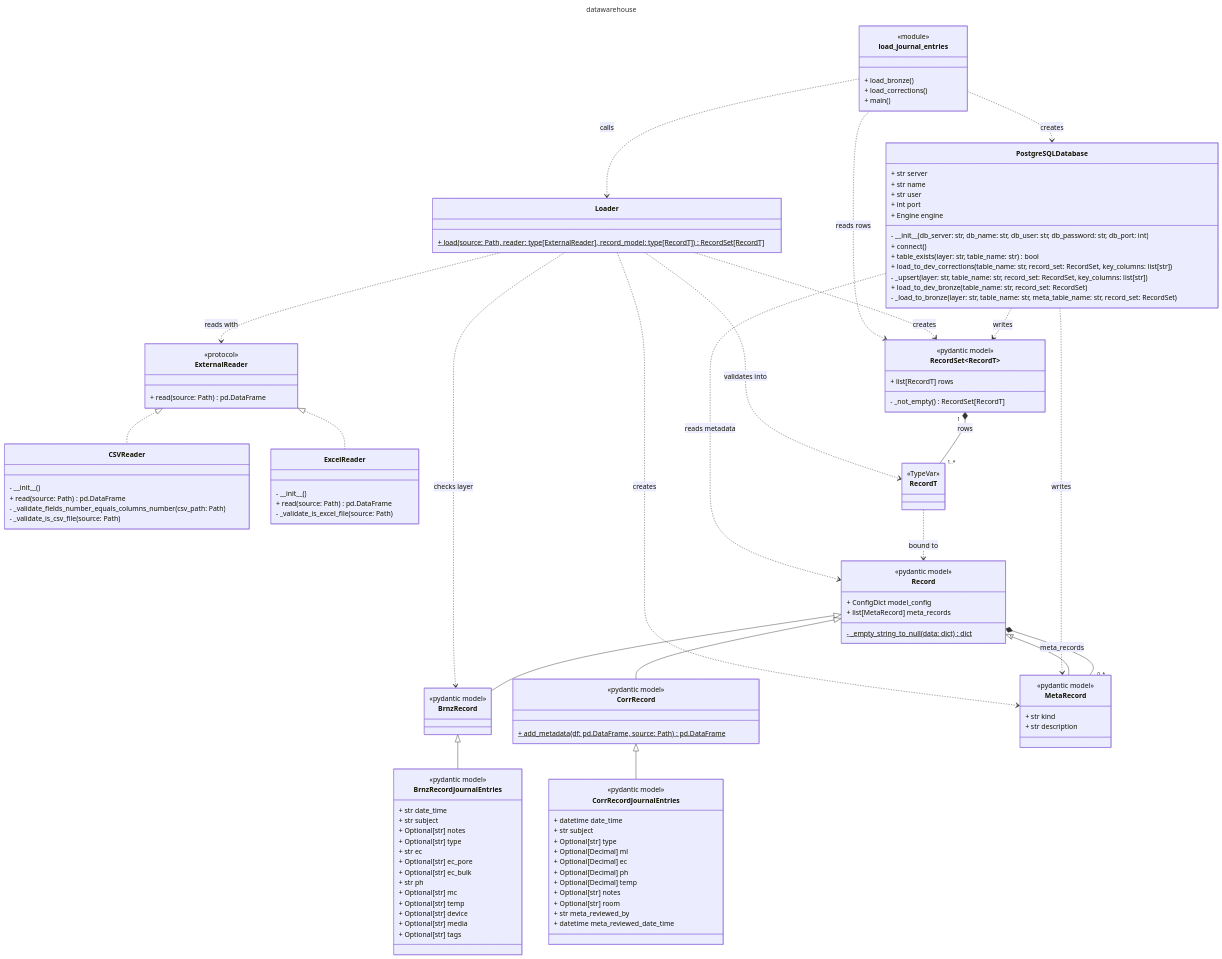
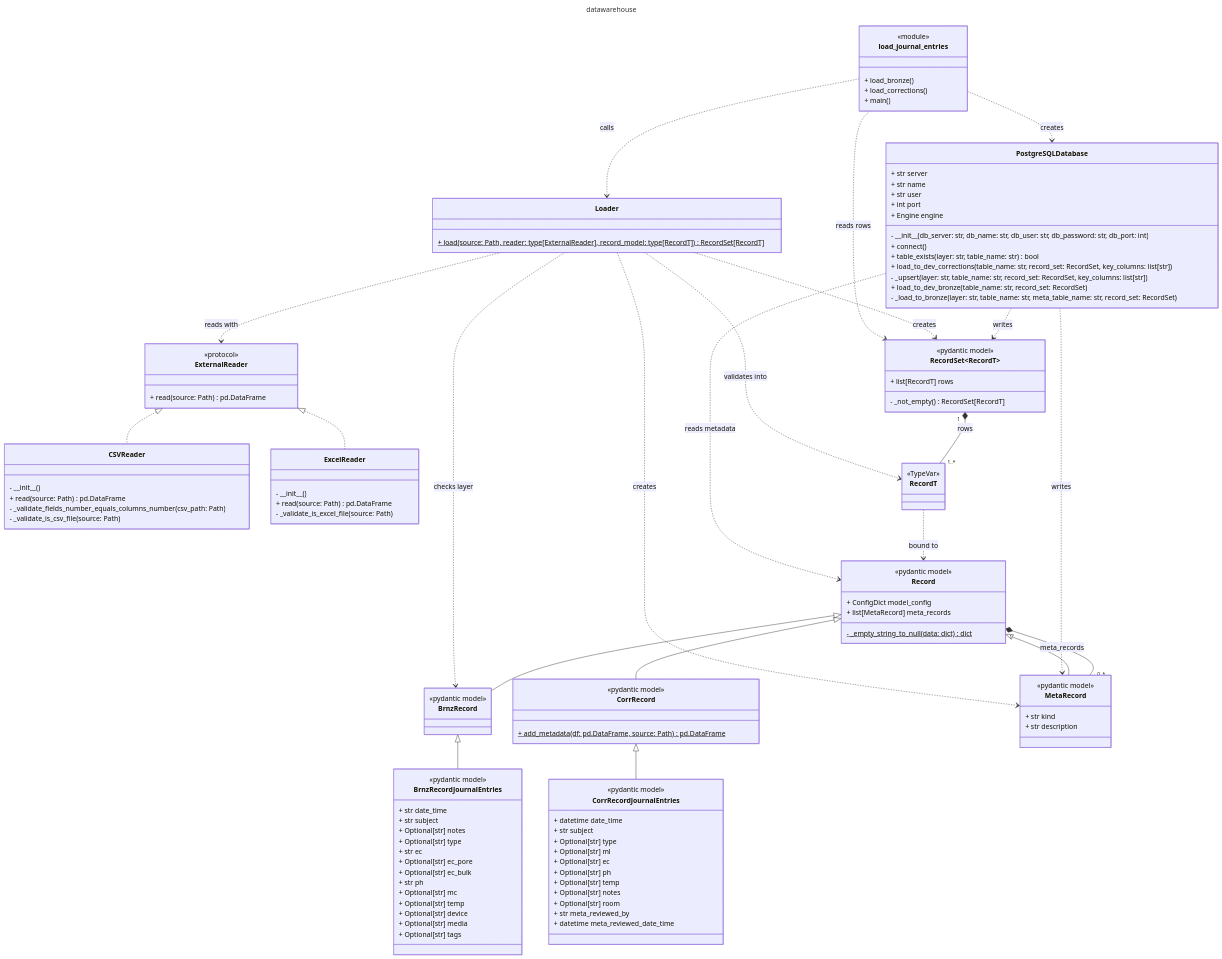
The diagram in docs/CLASS_DIAGRAM.md (le1douglas/DataWarehouse), drawn with Mermaid before and after one commit. The commit also changed 23 other files, not shown here.

```diff
--- a/docs/CLASS_DIAGRAM.md
+++ b/docs/CLASS_DIAGRAM.md
@@ -107,10 +107,10 @@
         + datetime date_time
         + str subject
         + Optional[str] type
-        + Optional[Decimal] ml
-        + Optional[Decimal] ec
-        + Optional[Decimal] ph
-        + Optional[Decimal] temp
+        + Optional[str] ml
+        + Optional[str] ec
+        + Optional[str] ph
+        + Optional[str] temp
         + Optional[str] notes
         + Optional[str] room
         + str meta_reviewed_by
```
